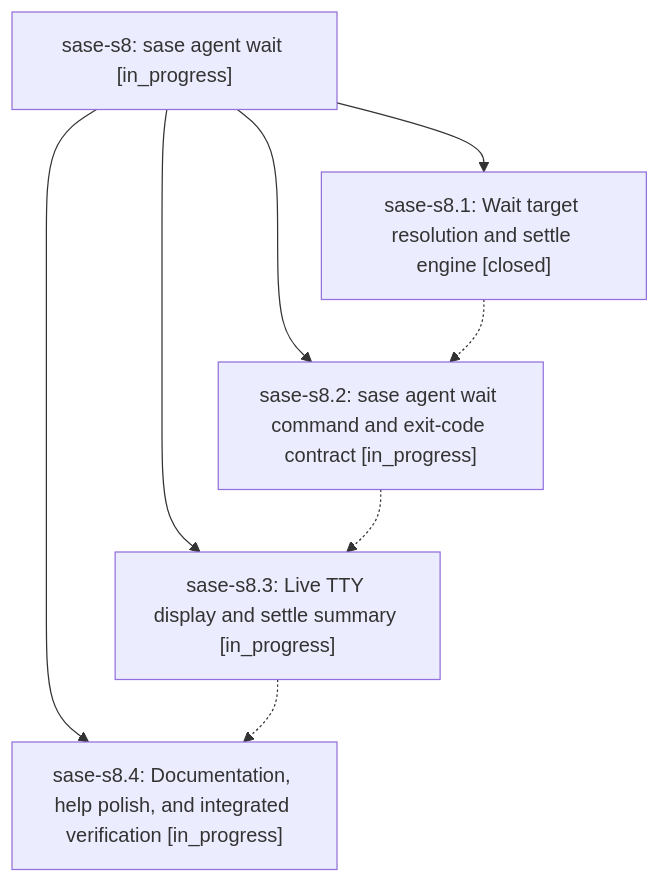
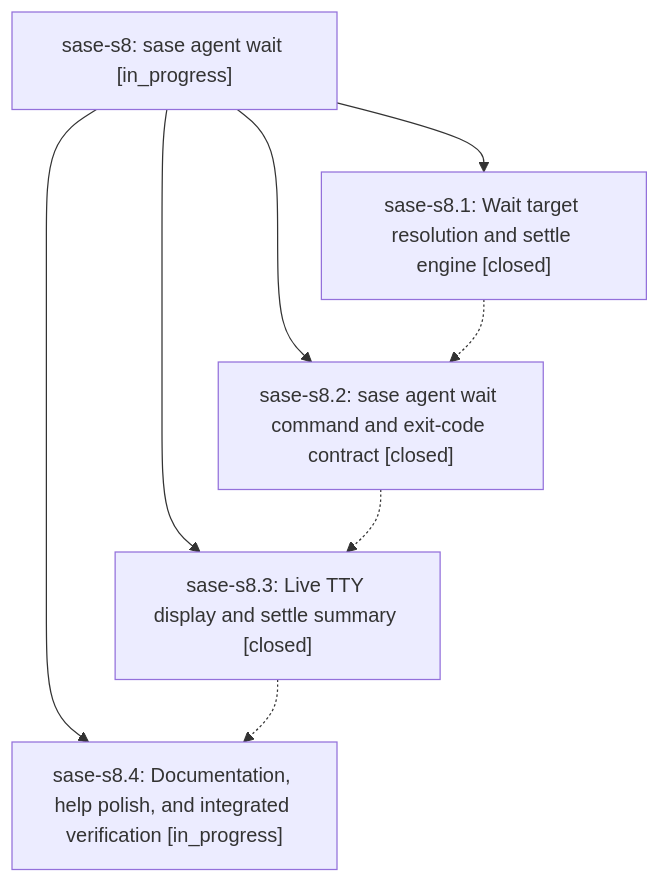
One commit to sase-org/sase--beads changed the diagram in pages/sase-s8/README.md. Above: the diagram before and after it, drawn with Mermaid. The commit also changed other lines of this file and 4 other files, not shown here.

````diff
--- a/pages/sase-s8/README.md
+++ b/pages/sase-s8/README.md
@@ -25,15 +25,15 @@
 ```mermaid
 flowchart TD
     n0["sase-s8: sase agent wait [in_progress]"]
     n1["sase-s8.1: Wait target resolution and settle engine [closed]"]
-    n2["sase-s8.2: sase agent wait command and exit-code contract [in_progress]"]
-    n3["sase-s8.3: Live TTY display and settle summary [in_progress]"]
+    n2["sase-s8.2: sase agent wait command and exit-code contract [closed]"]
+    n3["sase-s8.3: Live TTY display and settle summary [closed]"]
     n4["sase-s8.4: Documentation, help polish, and integrated verification [in_progress]"]
     n0 --> n1
     n0 --> n2
     n0 --> n3
     n0 --> n4
     n1 -.-> n2
     n2 -.-> n3
     n3 -.-> n4
 ```
````
